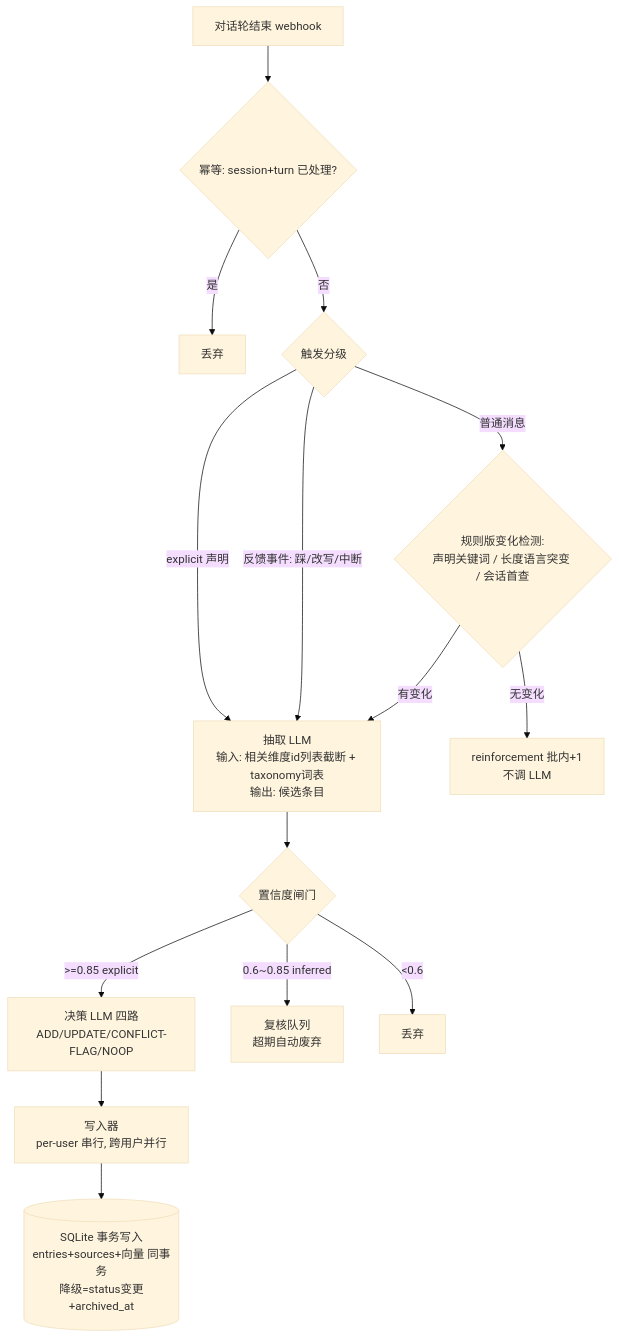
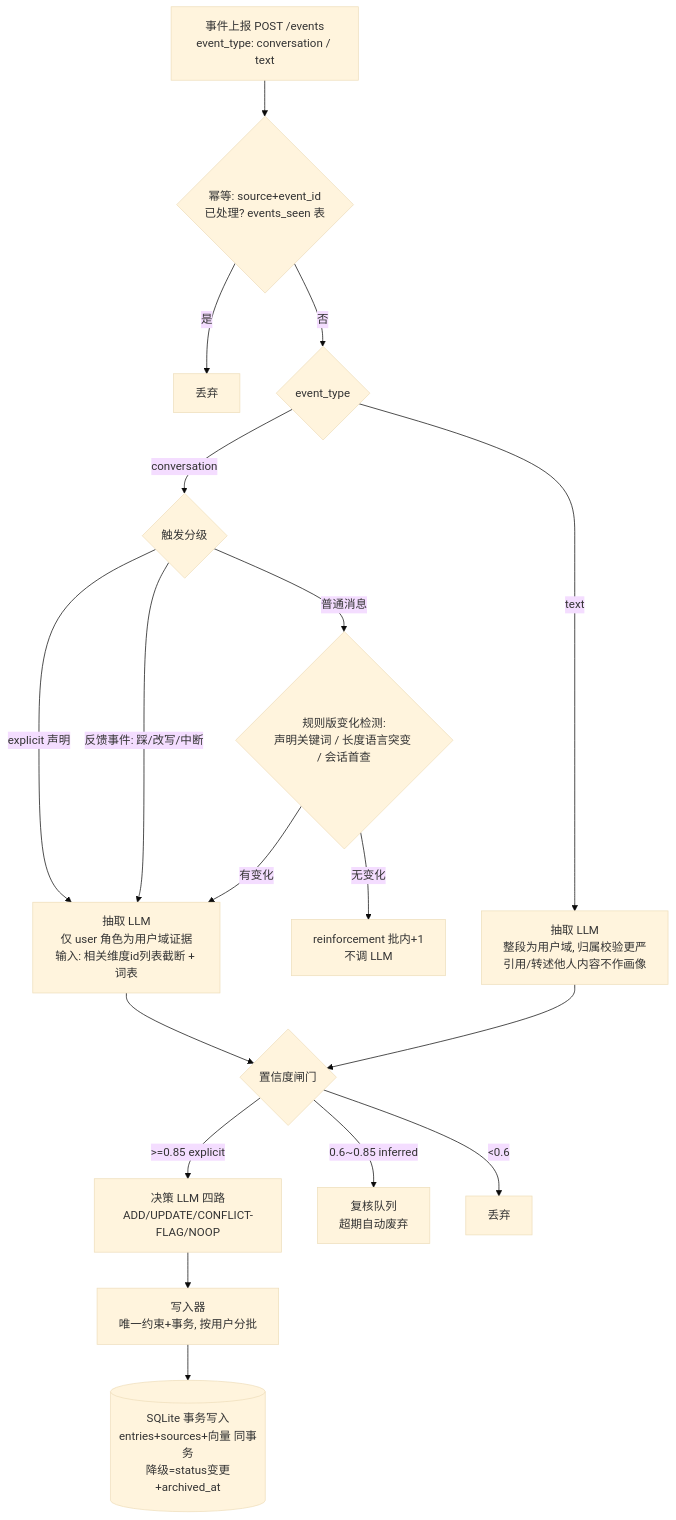
One commit to helyho/pismor changed the second of 3 diagrams in docs/superpowers/specs/2026-11-23-user-profile-memory-design.md. Above: the diagram before and after it, drawn with Mermaid (base theme). The commit also changed other lines of this file, not shown here.

Commit message:
docs: 素材泛化——统一事件入口 POST /events（conversation|text），幂等键 source+event_id，证据定位 origin_ref

````diff
--- a/docs/superpowers/specs/2026-11-23-user-profile-memory-design.md
+++ b/docs/superpowers/specs/2026-11-23-user-profile-memory-design.md
@@ -341,17 +342,20 @@
 ```mermaid
 flowchart TD
-    A[对话轮结束 webhook] --> B{幂等: session+turn 已处理?}
+    A[事件上报 POST /events<br/>event_type: conversation / text] --> B{幂等: source+event_id<br/>已处理? events_seen 表}
     B -->|是| Z[丢弃]
-    B -->|否| C{触发分级}
+    B -->|否| T0{event_type}
+    T0 -->|conversation| C{触发分级}
     C -->|explicit 声明| E
     C -->|反馈事件: 踩/改写/中断| E
     C -->|普通消息| D{规则版变化检测:<br/>声明关键词 / 长度语言突变 / 会话首查}
     D -->|无变化| F[reinforcement 批内+1<br/>不调 LLM]
-    D -->|有变化| E[抽取 LLM<br/>输入: 相关维度id列表截断 + taxonomy词表<br/>输出: 候选条目]
+    D -->|有变化| E[抽取 LLM<br/>仅 user 角色为用户域证据<br/>输入: 相关维度id列表截断 + 词表]
+    T0 -->|text| E2[抽取 LLM<br/>整段为用户域, 归属校验更严<br/>引用/转述他人内容不作画像]
     E --> G{置信度闸门}
+    E2 --> G
     G -->|>=0.85 explicit| H[决策]
     G -->|0.6~0.85 inferred| R[复核队列<br/>超期自动废弃]
     G -->|<0.6| X[丢弃]
-    H[决策 LLM 四路<br/>ADD/UPDATE/CONFLICT-FLAG/NOOP] --> I[写入器<br/>per-user 串行, 跨用户并行]
+    H[决策 LLM 四路<br/>ADD/UPDATE/CONFLICT-FLAG/NOOP] --> I[写入器<br/>唯一约束+事务, 按用户分批]
     I --> J[(SQLite 事务写入<br/>entries+sources+向量 同事务<br/>降级=status变更+archived_at)]
 ```
````
